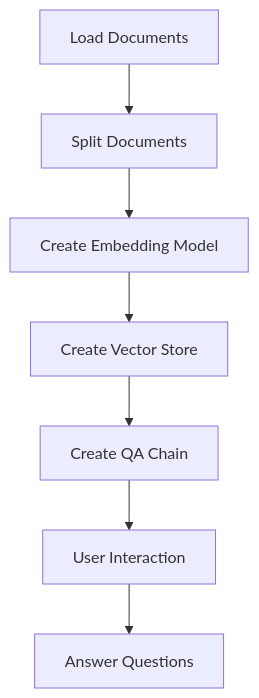
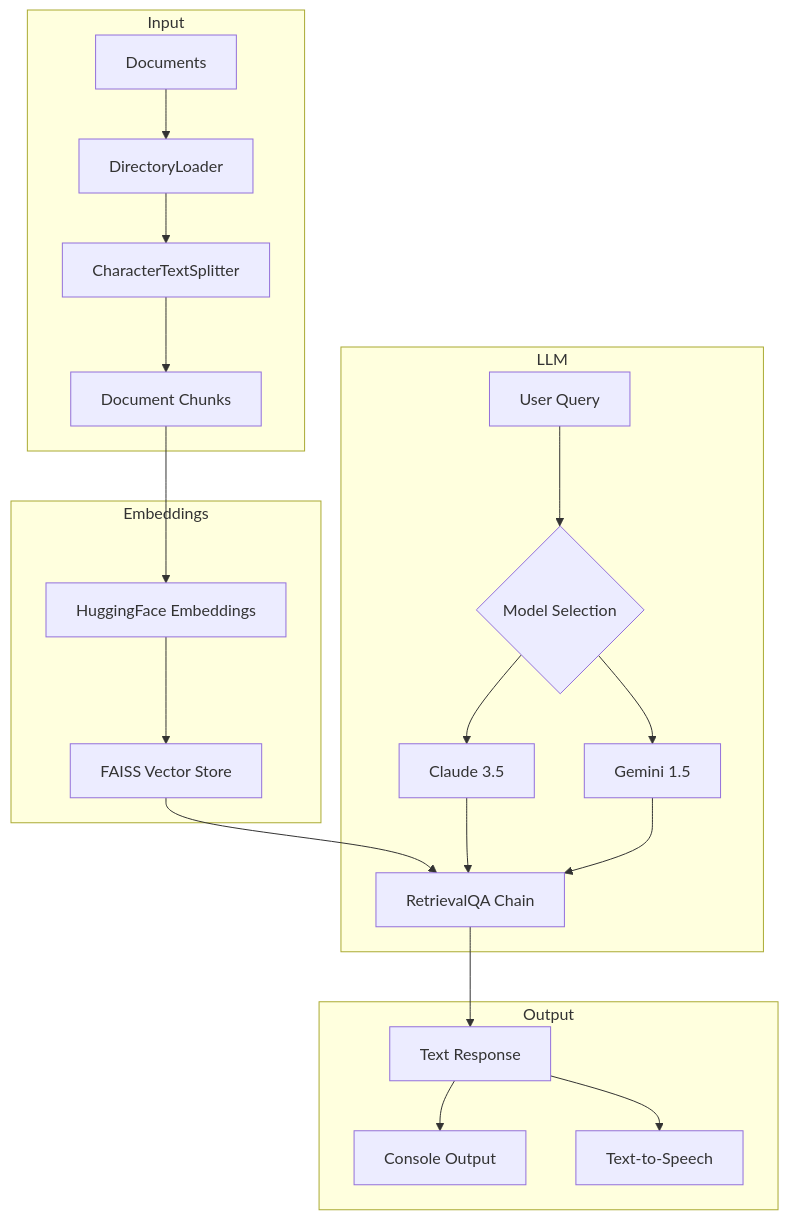
One commit to wirelessjava2002/personal-assistant changed the diagram in README.md. Above: the diagram before and after it, drawn with Mermaid. The commit also changed other lines of this file and 2 other files, not shown here.

````diff
--- a/README.md
+++ b/README.md
@@ -166,9 +85,28 @@
 ```mermaid
-graph TD;
-    A[Load Documents] --> B[Split Documents];
-    B --> C[Create Embedding Model];
-    C --> D[Create Vector Store];
-    D --> E[Create QA Chain];
-    E --> F[User Interaction];
-    F --> G[Answer Questions];
+flowchart TD
+    subgraph Input
+        A[Documents] --> B[DirectoryLoader]
+        B --> C[CharacterTextSplitter]
+        C --> D[Document Chunks]
+    end
+
+    subgraph Embeddings
+        D --> E[HuggingFace Embeddings]
+        E --> F[FAISS Vector Store]
+    end
+
+    subgraph LLM
+        G[User Query] --> H{Model Selection}
+        H --> I[Claude 3.5]
+        H --> J[Gemini 1.5]
+        F --> K[RetrievalQA Chain]
+        I --> K
+        J --> K
+    end
+
+    subgraph Output
+        K --> L[Text Response]
+        L --> M[Console Output]
+        L --> N[Text-to-Speech]
+    end
 ```
````
